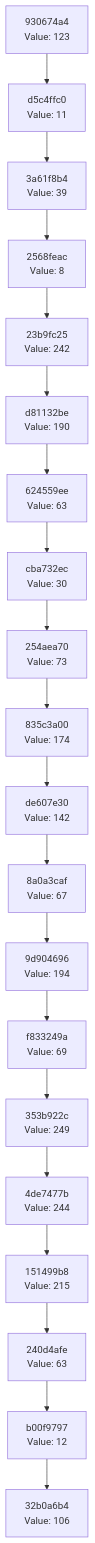
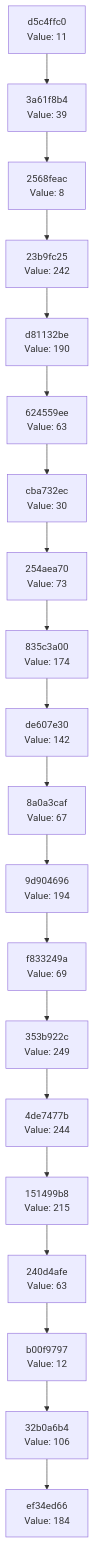
One commit to Abhisheksinha1506/hash-chain-evolver changed the diagram in docs/CHAIN_VISUALIZATION.md. Above: the diagram before and after it, drawn with Mermaid. The commit also changed 2 other files, not shown here.

Commit message:
Evolution step: hash 0xB8 → action executed

````diff
--- a/docs/CHAIN_VISUALIZATION.md
+++ b/docs/CHAIN_VISUALIZATION.md
@@ -3,42 +3,42 @@
 ```mermaid
 graph TD
-    C0["32b0a6b4<br/>Value: 106"]
-    C1["b00f9797<br/>Value: 12"]
+    C0["ef34ed66<br/>Value: 184"]
+    C1["32b0a6b4<br/>Value: 106"]
     C1 --> C0
-    C2["240d4afe<br/>Value: 63"]
+    C2["b00f9797<br/>Value: 12"]
     C2 --> C1
-    C3["151499b8<br/>Value: 215"]
+    C3["240d4afe<br/>Value: 63"]
     C3 --> C2
-    C4["4de7477b<br/>Value: 244"]
+    C4["151499b8<br/>Value: 215"]
     C4 --> C3
-    C5["353b922c<br/>Value: 249"]
+    C5["4de7477b<br/>Value: 244"]
     C5 --> C4
-    C6["f833249a<br/>Value: 69"]
+    C6["353b922c<br/>Value: 249"]
     C6 --> C5
-    C7["9d904696<br/>Value: 194"]
+    C7["f833249a<br/>Value: 69"]
     C7 --> C6
-    C8["8a0a3caf<br/>Value: 67"]
+    C8["9d904696<br/>Value: 194"]
     C8 --> C7
-    C9["de607e30<br/>Value: 142"]
+    C9["8a0a3caf<br/>Value: 67"]
     C9 --> C8
-    C10["835c3a00<br/>Value: 174"]
+    C10["de607e30<br/>Value: 142"]
     C10 --> C9
-    C11["254aea70<br/>Value: 73"]
+    C11["835c3a00<br/>Value: 174"]
     C11 --> C10
-    C12["cba732ec<br/>Value: 30"]
+    C12["254aea70<br/>Value: 73"]
     C12 --> C11
-    C13["624559ee<br/>Value: 63"]
+    C13["cba732ec<br/>Value: 30"]
     C13 --> C12
-    C14["d81132be<br/>Value: 190"]
+    C14["624559ee<br/>Value: 63"]
     C14 --> C13
-    C15["23b9fc25<br/>Value: 242"]
+    C15["d81132be<br/>Value: 190"]
     C15 --> C14
-    C16["2568feac<br/>Value: 8"]
+    C16["23b9fc25<br/>Value: 242"]
     C16 --> C15
-    C17["3a61f8b4<br/>Value: 39"]
+    C17["2568feac<br/>Value: 8"]
     C17 --> C16
-    C18["d5c4ffc0<br/>Value: 11"]
+    C18["3a61f8b4<br/>Value: 39"]
     C18 --> C17
-    C19["930674a4<br/>Value: 123"]
+    C19["d5c4ffc0<br/>Value: 11"]
     C19 --> C18
 ```
````
